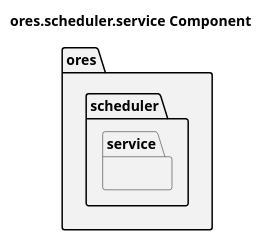
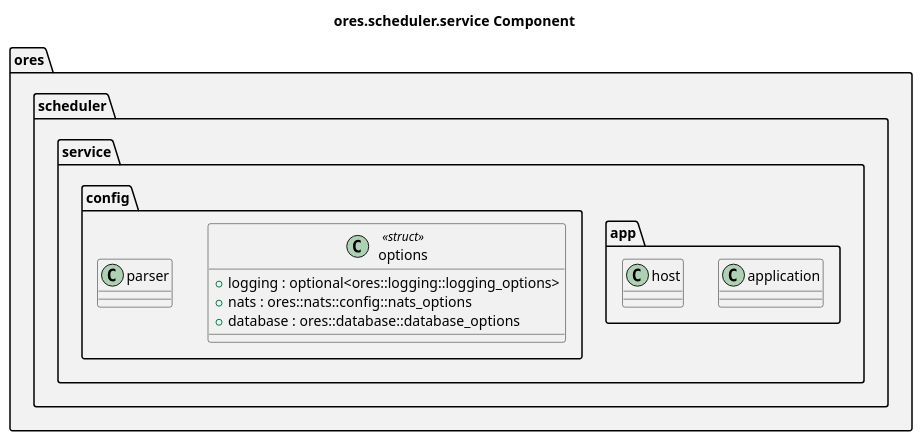
The diagram in projects/ores.scheduler.service/modeling/ores.scheduler.service.puml (OreStudio/OreStudio), drawn with PlantUML before and after one commit. The commit also changed 85 other files, not shown here.

First line of the commit message:
[modeling] Bulk-generate component PlantUML class diagrams

```diff
--- a/projects/ores.scheduler.service/modeling/ores.scheduler.service.puml
+++ b/projects/ores.scheduler.service/modeling/ores.scheduler.service.puml
@@ -18,15 +18,34 @@
 @startuml
 
 title ores.scheduler.service Component
 
 set namespaceSeparator ::
 
 namespace ores #F2F2F2 {
     namespace scheduler #F2F2F2 {
         namespace service #F2F2F2 {
-            ' Types to be added.
+            namespace app #F2F2F2 {
+                class application {
+                }
+                class host {
+                }
+            }
+            namespace config #F2F2F2 {
+                class options <<struct>> {
+                    +logging : optional<ores::logging::logging_options>
+                    +nats : ores::nats::config::nats_options
+                    +database : ores::database::database_options
+                }
+                class parser {
+                }
+            }
         }
     }
 }
 
+' --- manual: everything below this line is hand-authored; the script preserves it ---
+
+' Local Variables:
+' compile-command: "java -Djava.awt.headless=true -DPLANTUML_SECURITY_PROFILE=UNSECURE -DPLANTUML_LIMIT_SIZE=65535 -jar /usr/share/plantuml/plantuml.jar ores.scheduler.service.puml"
+' End:
 @enduml
```
